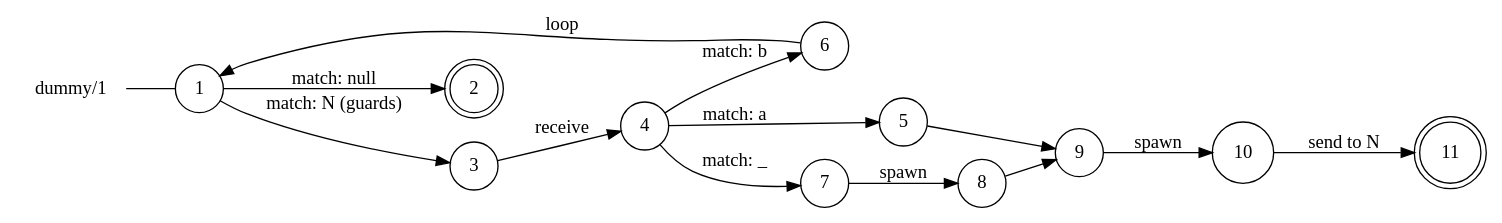
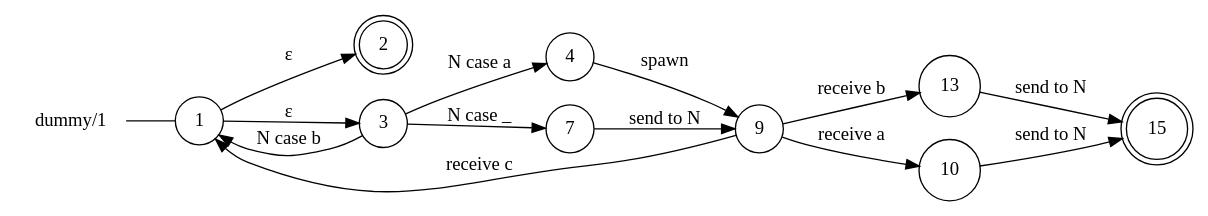
One commit to gabrielegenovese/chorer changed the diagram in out/dummy1_local_view.dot. Above: the diagram before and after it, drawn with Graphviz. The commit also changed 8 other files, not shown here.

```diff
--- a/out/dummy1_local_view.dot
+++ b/out/dummy1_local_view.dot
@@ -1,29 +1,27 @@
 digraph dummy {
 	rankdir="LR";
 	n_0 [label="dummy/1", shape="plaintext"];
-	n_1 [id="5", shape=circle, label="5"];
-	n_2 [id="11", shape=doublecircle, label="11"];
-	n_3 [id="6", shape=circle, label="6"];
-	n_4 [id="10", shape=circle, label="10"];
-	n_5 [id="1", shape=circle, label="1"];
-	n_0 -> n_5 [arrowhead=none];
-	n_6 [id="9", shape=circle, label="9"];
-	n_7 [id="2", shape=doublecircle, label="2"];
-	n_8 [id="8", shape=circle, label="8"];
-	n_9 [id="4", shape=circle, label="4"];
-	n_10 [id="7", shape=circle, label="7"];
-	n_11 [id="3", shape=circle, label="3"];
+	n_1 [id="15", shape=doublecircle, label="15"];
+	n_2 [id="13", shape=circle, label="13"];
+	n_3 [id="10", shape=circle, label="10"];
+	n_4 [id="1", shape=circle, label="1"];
+	n_0 -> n_4 [arrowhead=none];
+	n_5 [id="9", shape=circle, label="9"];
+	n_6 [id="2", shape=doublecircle, label="2"];
+	n_7 [id="4", shape=circle, label="4"];
+	n_8 [id="7", shape=circle, label="7"];
+	n_9 [id="3", shape=circle, label="3"];
 
-	n_11 -> n_9 [id="[$e|2]", label="receive"];
-	n_6 -> n_4 [id="[$e|10]", label="spawn"];
-	n_3 -> n_5 [id="[$e|5]", label="loop"];
-	n_5 -> n_11 [id="[$e|1]", label="match: N (guards)"];
-	n_5 -> n_7 [id="[$e|0]", label="match: null"];
-	n_4 -> n_2 [id="[$e|11]", label="send to N"];
-	n_9 -> n_3 [id="[$e|4]", label="match: b"];
-	n_10 -> n_8 [id="[$e|7]", label="spawn"];
-	n_9 -> n_10 [id="[$e|6]", label="match: _"];
-	n_9 -> n_1 [id="[$e|3]", label="match: a"];
-	n_8 -> n_6 [id="[$e|9]"];
-	n_1 -> n_6 [id="[$e|8]"];
+	n_9 -> n_8 [id="[$e|4]", label="N case _"];
+	n_7 -> n_5 [id="[$e|19]", label="spawn"];
+	n_2 -> n_1 [id="[$e|21]", label="send to N"];
+	n_5 -> n_3 [id="[$e|8]", label="receive a"];
+	n_8 -> n_5 [id="[$e|18]", label="send to N"];
+	n_9 -> n_7 [id="[$e|0]", label="N case a"];
+	n_5 -> n_2 [id="[$e|12]", label="receive b"];
+	n_3 -> n_1 [id="[$e|16]", label="send to N"];
+	n_4 -> n_6 [id="match null", label="ɛ"];
+	n_5 -> n_4 [id="[$e|20]", label="receive c"];
+	n_4 -> n_9 [id="match N", label="ɛ"];
+	n_9 -> n_4 [id="[$e|17]", label="N case b"];
 }
```
